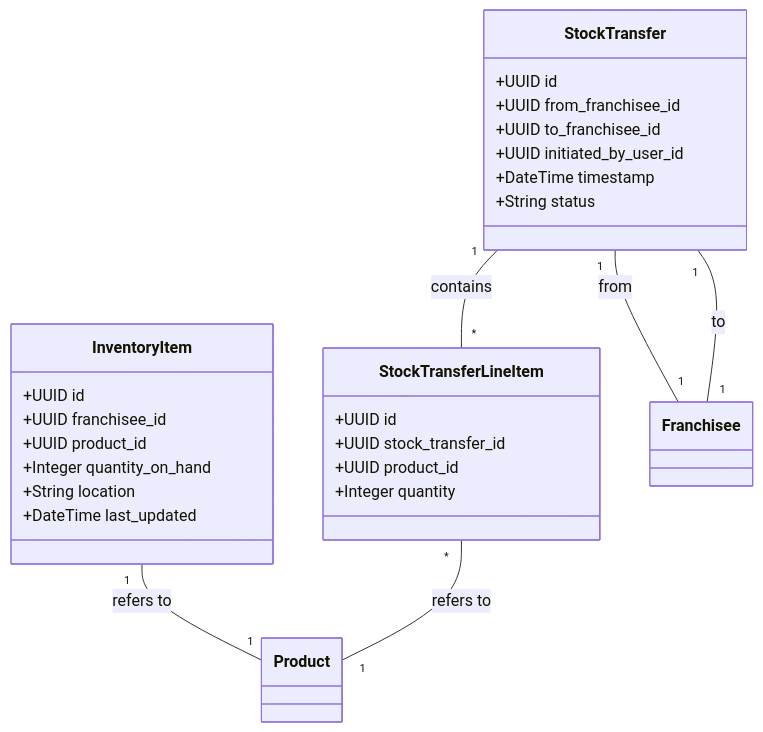
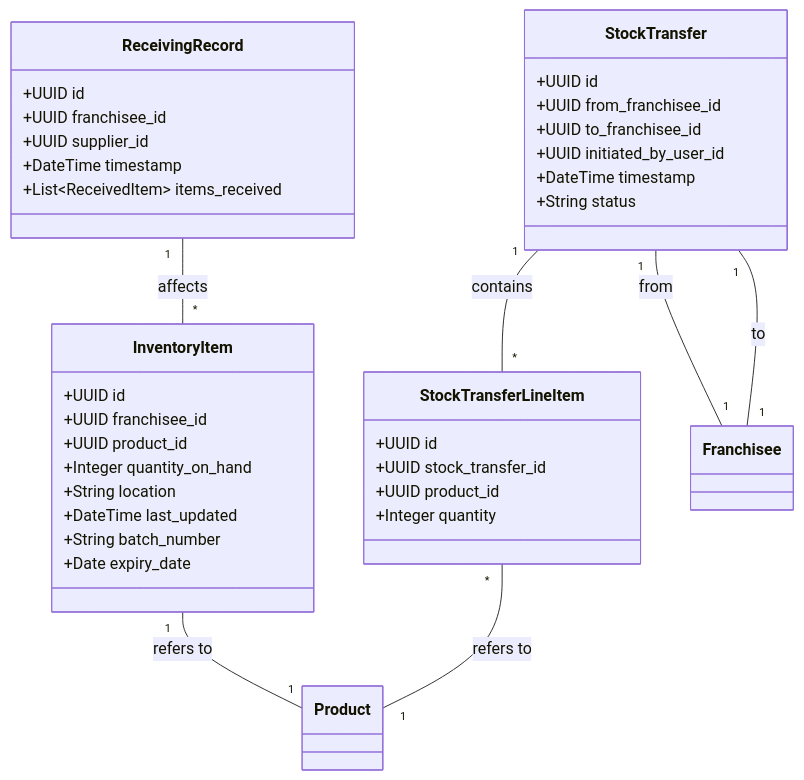
The fourth of 10 diagrams in docs/Software_Features_Technical_Data.md (lohnxongmixay/LazyFranchisor), drawn with Mermaid before and after one commit. The commit also changed other lines of this file and 4 other files, not shown here.

Commit message:
Docs: Updated all documentation with expanded features and roadmap

````diff
--- a/docs/Software_Features_Technical_Data.md
+++ b/docs/Software_Features_Technical_Data.md
@@ -125,31 +159,41 @@
         ```mermaid
         classDiagram
             class InventoryItem {
                 +UUID id
                 +UUID franchisee_id
                 +UUID product_id
                 +Integer quantity_on_hand
                 +String location
                 +DateTime last_updated
+                +String batch_number
+                +Date expiry_date
             }
             class StockTransfer {
                 +UUID id
                 +UUID from_franchisee_id
                 +UUID to_franchisee_id
                 +UUID initiated_by_user_id
                 +DateTime timestamp
                 +String status
             }
             class StockTransferLineItem {
                 +UUID id
                 +UUID stock_transfer_id
                 +UUID product_id
                 +Integer quantity
             }
+            class ReceivingRecord {
+                +UUID id
+                +UUID franchisee_id
+                +UUID supplier_id
+                +DateTime timestamp
+                +List~ReceivedItem~ items_received
+            }
 
             InventoryItem "1" -- "1" Product : refers to
             StockTransfer "1" -- "*" StockTransferLineItem : contains
             StockTransferLineItem "*" -- "1" Product : refers to
             StockTransfer "1" -- "1" Franchisee : from
             StockTransfer "1" -- "1" Franchisee : to
+            ReceivingRecord "1" -- "*" InventoryItem : affects
         ```
````
